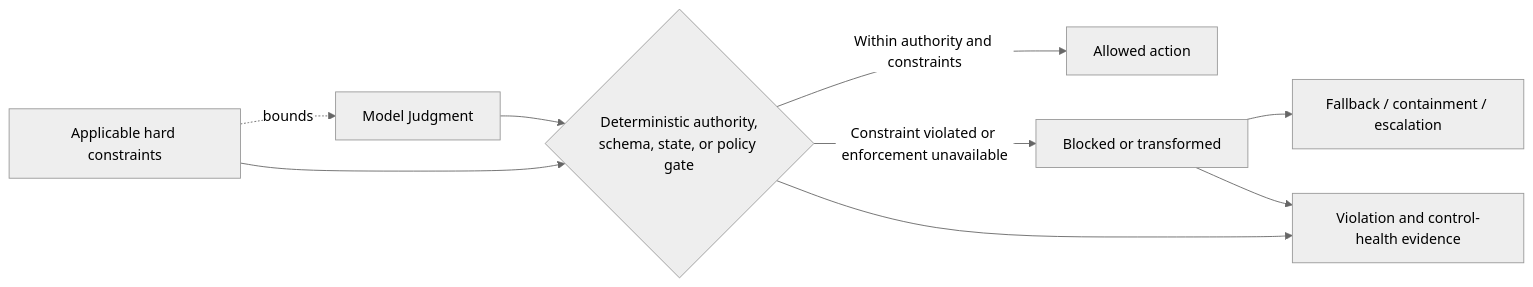
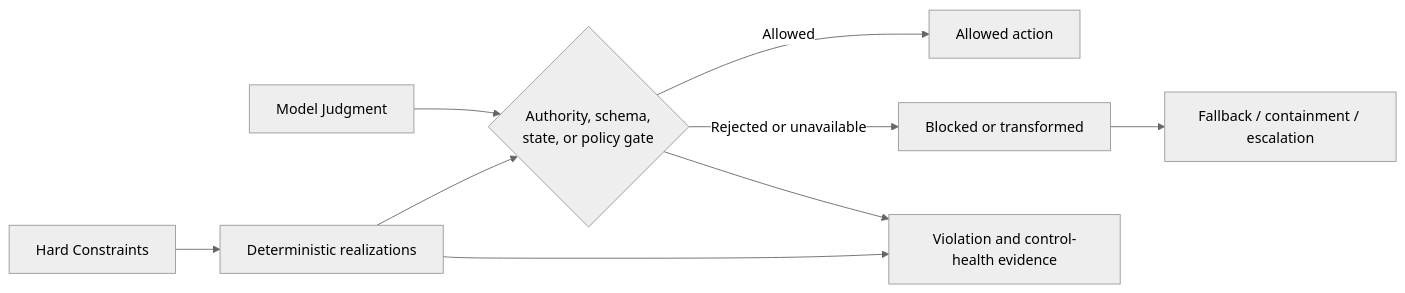
One commit to UncertaintyArchitectureGroup/uncertainty-architecture changed the second of 2 diagrams in 01-patterns/judgment-node-boundary.md. Above: the diagram before and after it, drawn with Mermaid (neutral theme). The commit also changed other lines of this file, not shown here.

````diff
--- a/01-patterns/judgment-node-boundary.md
+++ b/01-patterns/judgment-node-boundary.md
@@ -221,19 +207,19 @@
 ```mermaid
 flowchart LR
-    K[Applicable hard constraints]
+    K[Hard Constraints]
+    KR[Deterministic realizations]
     J[Model Judgment]
-    V{Deterministic authority,<br/>schema, state, or policy gate}
-    A[Allowed action]
+    G{Authority, schema,<br/>state, or policy gate}
+    OK[Allowed action]
     B[Blocked or transformed]
-    E[Fallback / containment / escalation]
+    F[Fallback / containment / escalation]
     S[Violation and control-health evidence]
 
-    K -. bounds .-> J
-    J --> V
-    K --> V
-    V -->|Within authority and constraints| A
-    V -->|Constraint violated or enforcement unavailable| B
-    B --> E
-    V --> S
-    B --> S
+    K --> KR
+    J --> G
+    KR --> G
+    G -->|Allowed| OK
+    G -->|Rejected or unavailable| B --> F
+    G --> S
+    KR --> S
 ```
````
